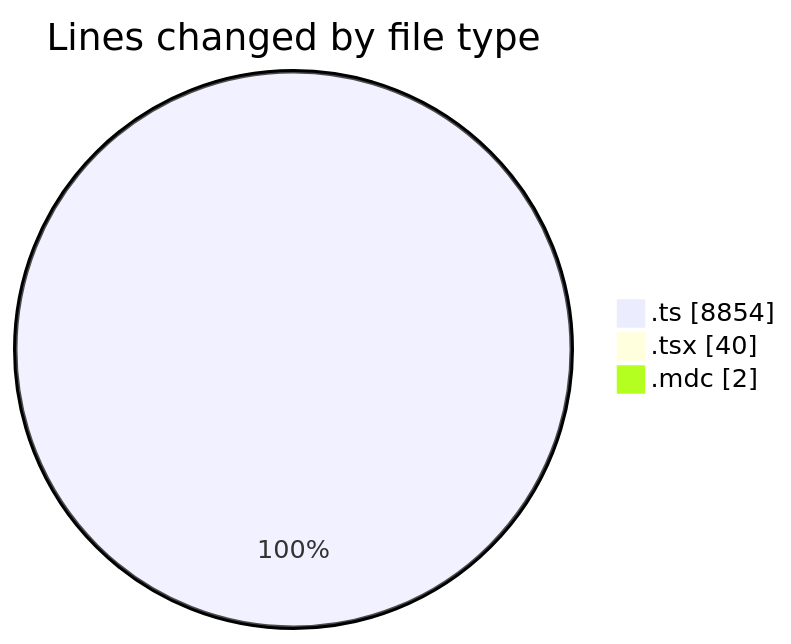
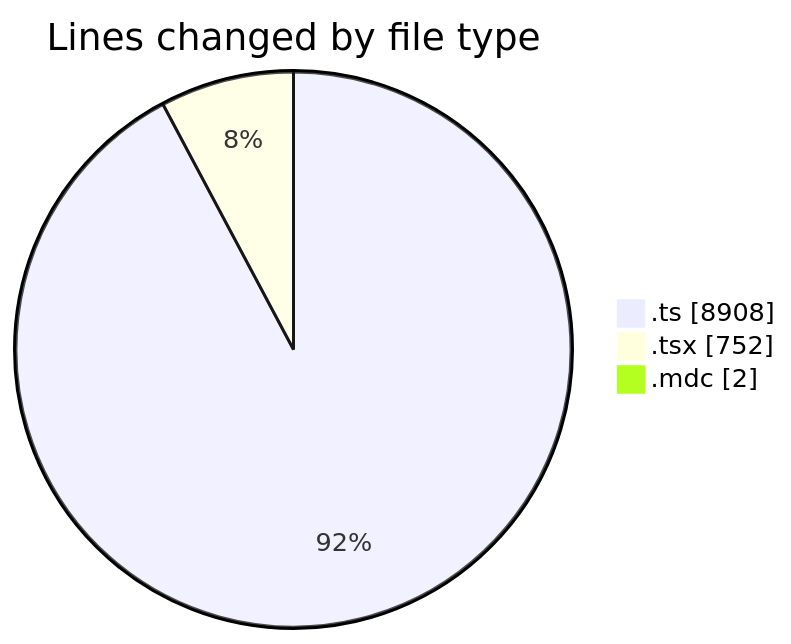
The first of 2 diagrams in 2025-06-06/ecodeli-1/README.md (CELIANVF/code-tracking), drawn with Mermaid before and after one commit. The commit also changed other lines of this file and 1 other file, not shown here.

````diff
--- a/2025-06-06/ecodeli-1/README.md
+++ b/2025-06-06/ecodeli-1/README.md
@@ -40,7 +43,7 @@
 ```mermaid
 pie showData
 title Lines changed by file type
-".ts" : 8854
-".tsx" : 40
+".ts" : 8908
+".tsx" : 752
 ".mdc" : 2
 ```
````
